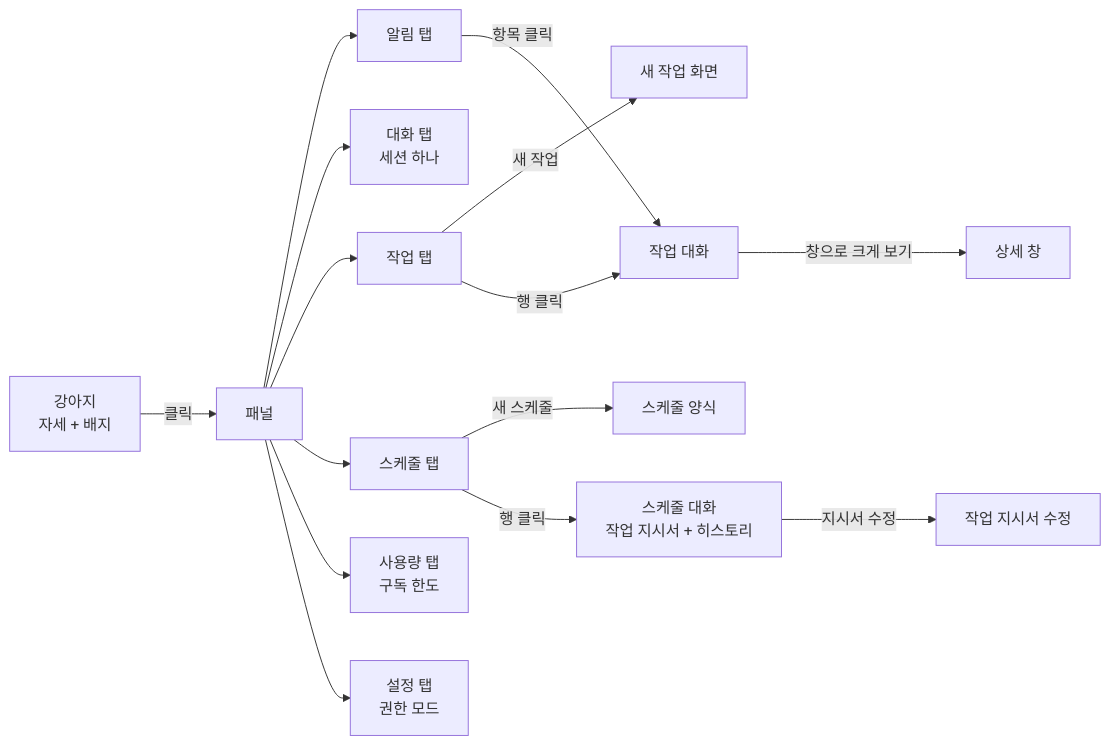
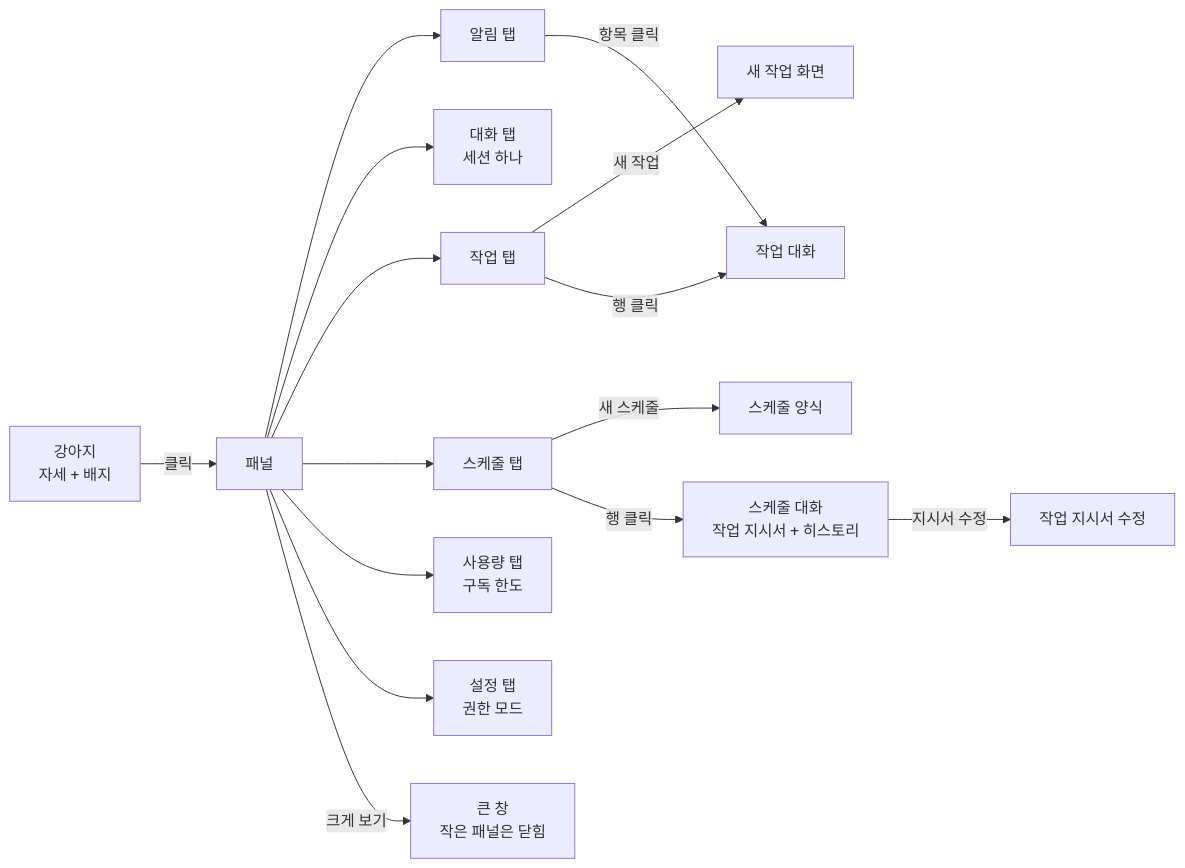
The diagram in docs/design/2026-10-21-output-ui/README.md (HEOSEONGILml/AssistantChatBot), drawn with Mermaid before and after one commit. The commit also changed other lines of this file and 40 other files, not shown here.

````diff
--- a/docs/design/2026-10-21-output-ui/README.md
+++ b/docs/design/2026-10-21-output-ui/README.md
@@ -12,17 +12,17 @@
 ```mermaid
 flowchart LR
   Dog[강아지<br/>자세 + 배지] -->|클릭| Panel[패널]
   Panel --> Alerts[알림 탭]
   Panel --> Chat[대화 탭<br/>세션 하나]
   Panel --> Tasks[작업 탭]
   Panel --> Schedules[스케줄 탭]
   Panel --> Usage[사용량 탭<br/>구독 한도]
   Panel --> Settings[설정 탭<br/>권한 모드]
   Tasks -->|새 작업| TaskInput[새 작업 화면]
   Schedules -->|새 스케줄| SchedForm[스케줄 양식]
   Schedules -->|행 클릭| SchedDetail[스케줄 대화<br/>작업 지시서 + 히스토리]
   SchedDetail -->|지시서 수정| SchedEdit[작업 지시서 수정]
   Alerts -->|항목 클릭| Thread[작업 대화]
   Tasks -->|행 클릭| Thread
-  Thread -->|창으로 크게 보기| Window[상세 창]
+  Panel -->|크게 보기| Window[큰 창<br/>작은 패널은 닫힘]
 ```
````
